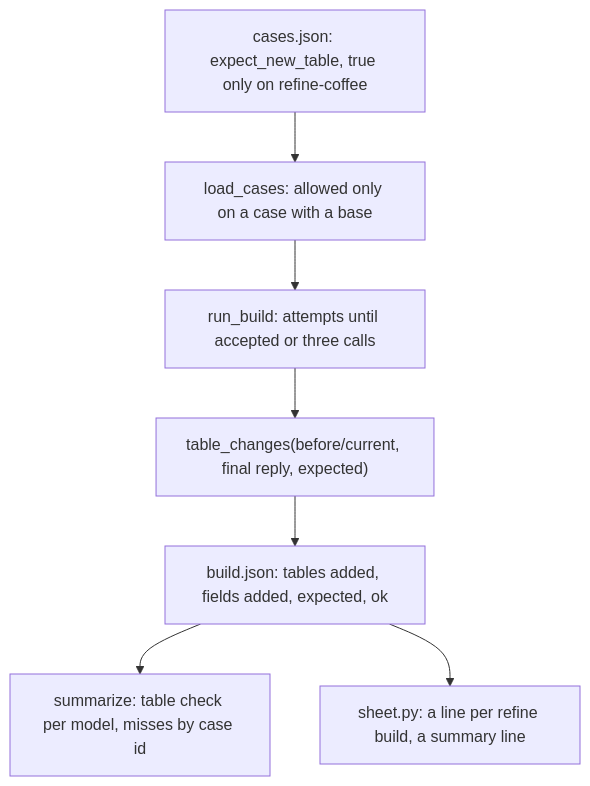
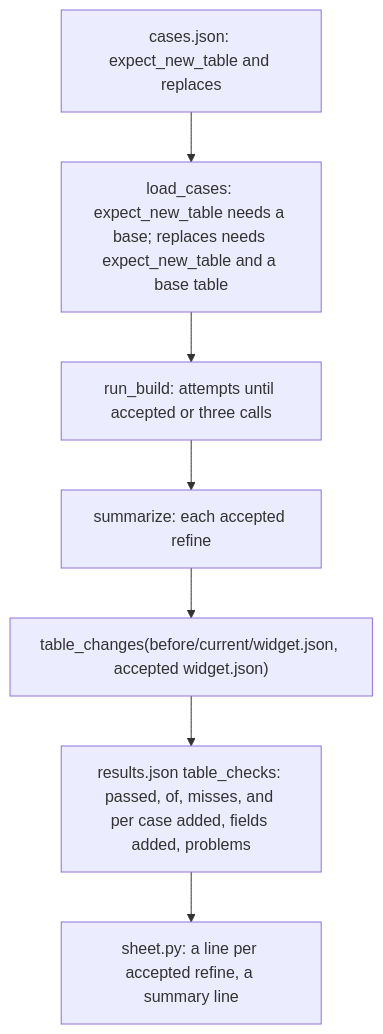
Before and after one commit to Krutik460/Widgie: the second of 2 diagrams in docs/pr/6-phase-2-refine-new-table.md, drawn with Mermaid. The commit also changed other lines of this file, not shown here.

Commit message:
Update the review guide with the held-out cases, the replaced-table check, and p2-refine-5 and 6

````diff
--- a/docs/pr/6-phase-2-refine-new-table.md
+++ b/docs/pr/6-phase-2-refine-new-table.md
@@ -34,9 +37,9 @@
 ```mermaid
 flowchart TD
-  CASES["cases.json: expect_new_table, true only on refine-coffee"] --> LOAD["load_cases: allowed only on a case with a base"]
+  CASES["cases.json: expect_new_table and replaces"] --> LOAD["load_cases: expect_new_table needs a base; replaces needs expect_new_table and a base table"]
   LOAD --> BUILD["run_build: attempts until accepted or three calls"]
-  BUILD --> TC["table_changes(before/current, final reply, expected)"]
-  TC --> REC["build.json: tables added, fields added, expected, ok"]
-  REC --> SUM["summarize: table check per model, misses by case id"]
-  REC --> SHEET["sheet.py: a line per refine build, a summary line"]
+  BUILD --> SUM["summarize: each accepted refine"]
+  SUM --> TC["table_changes(before/current/widget.json, accepted widget.json)"]
+  TC --> RES["results.json table_checks: passed, of, misses, and per case added, fields added, problems"]
+  RES --> SHEET["sheet.py: a line per accepted refine, a summary line"]
 ```
````
